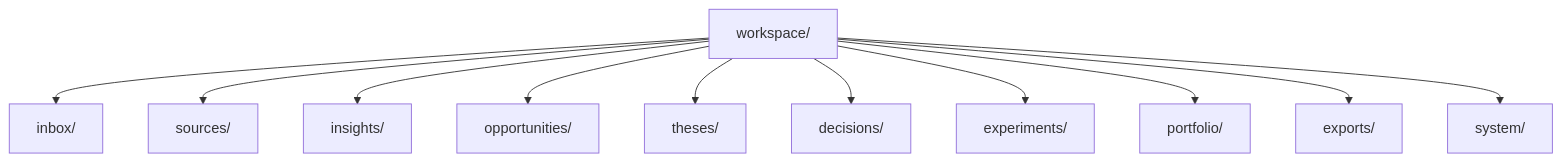
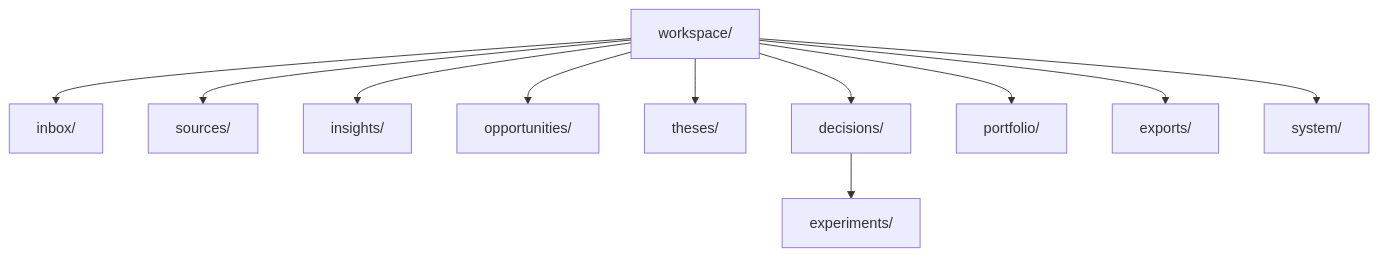
The first of 2 diagrams in docs/workspace-model.md (0shadow-Architect0/signalforge), drawn with Mermaid before and after one commit. The commit also changed other lines of this file and 3 other files, not shown here.

````diff
--- a/docs/workspace-model.md
+++ b/docs/workspace-model.md
@@ -8,13 +8,13 @@
 ```mermaid
 flowchart TD
     W[workspace/] --> I[inbox/]
     W --> S[sources/]
     W --> N[insights/]
     W --> O[opportunities/]
     W --> T[theses/]
     W --> D[decisions/]
-    W --> E[experiments/]
+    D --> E[experiments/]
     W --> P[portfolio/]
     W --> X[exports/]
     W --> Y[system/]
 ```
````
